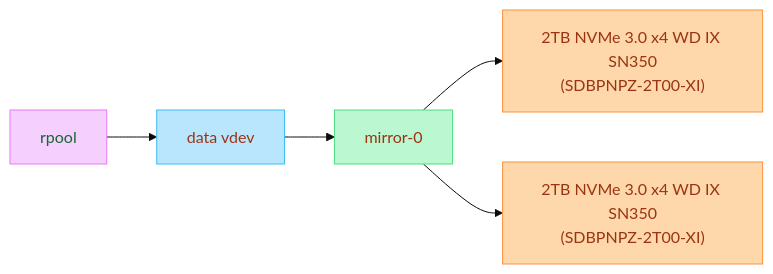
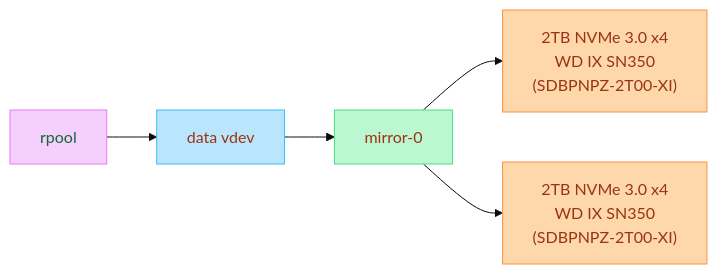
The second of 3 diagrams in README.md (danterazo/docker-configs), drawn with Mermaid (base theme) before and after one commit. The commit also changed other lines of this file, not shown here.

Commit message:
Format WD SSDs

````diff
--- a/README.md
+++ b/README.md
@@ -49,17 +49,17 @@
 ```mermaid
 flowchart LR
     rpool --> rpool_data["data vdev"]
     rpool_data --> rpool_mirror["mirror-0"]
-    rpool_mirror --> rpool_nvme1["2TB NVMe 3.0 x4 WD IX SN350<br>(SDBPNPZ-2T00-XI)"]
-    rpool_mirror --> rpool_nvme2["2TB NVMe 3.0 x4 WD IX SN350<br>(SDBPNPZ-2T00-XI)"]
+    rpool_mirror --> rpool_nvme1["2TB NVMe 3.0 x4<br>WD IX SN350<br>(SDBPNPZ-2T00-XI)"]
+    rpool_mirror --> rpool_nvme2["2TB NVMe 3.0 x4<br>WD IX SN350<br>(SDBPNPZ-2T00-XI)"]
 
     classDef pool fill:#f5d0fe,color:#166534,stroke:#e879f9
     classDef vdev fill:#bae6fd,color:#9a3412,stroke:#38bdf8
     classDef mirror fill:#bbf7d0,color:#9a3412,stroke:#4ade80
     classDef disk fill:#fed7aa,color:#9a3412,stroke:#fb923c
 
     class rpool pool
     class rpool_data vdev
     class rpool_mirror mirror
     class rpool_nvme1,rpool_nvme2 disk
 ```
````
